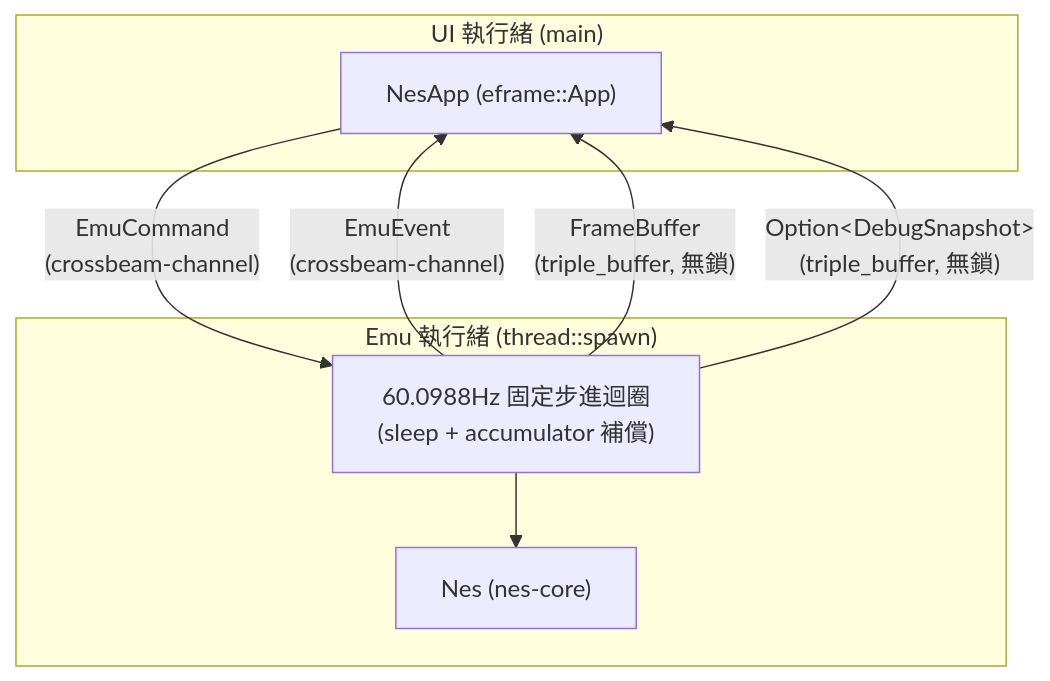
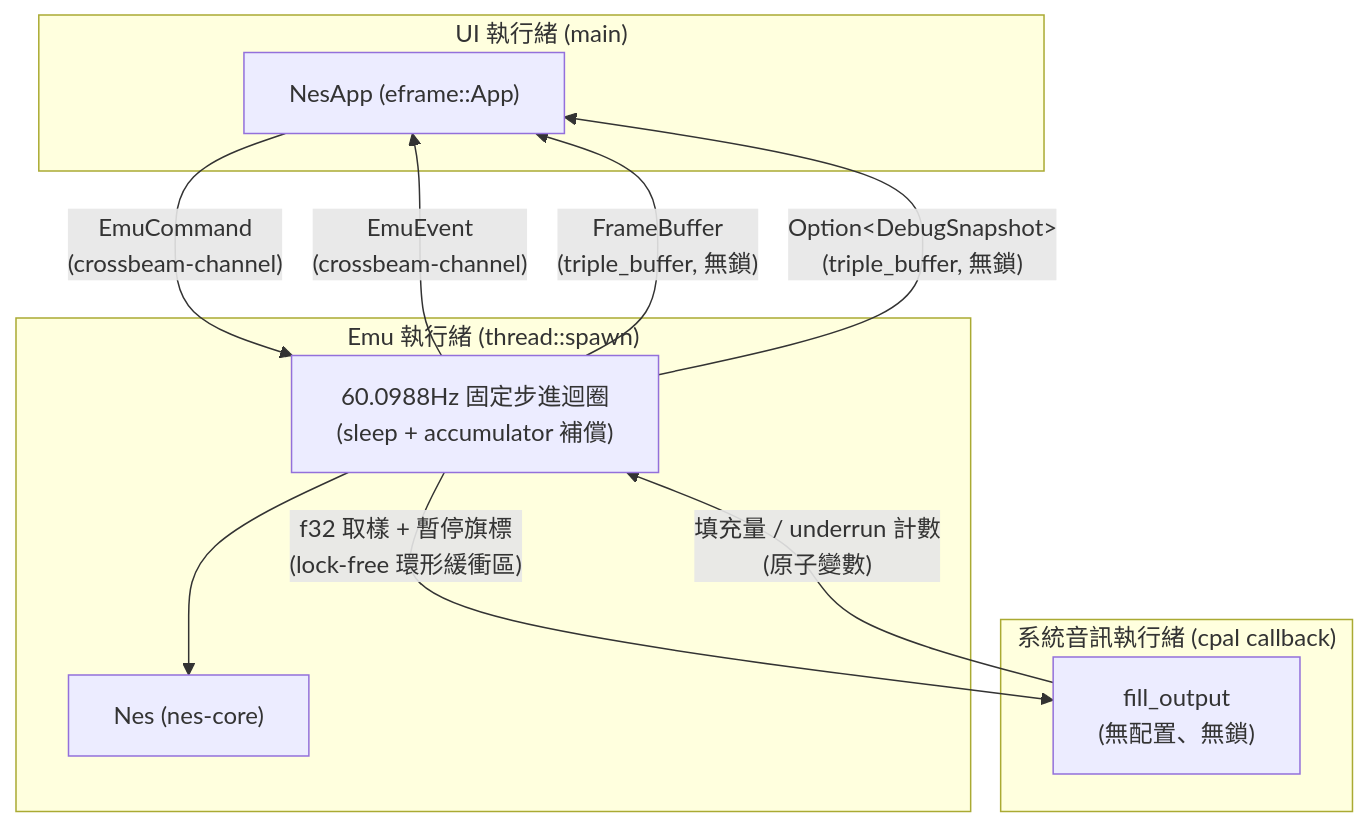
One commit to cnfzon/nes_emulato changed the second of 4 diagrams in docs/architecture.md. Above: the diagram before and after it, drawn with Mermaid. The commit also changed other lines of this file and 28 other files, not shown here.

Commit message:
Phase 3.5: APU, IRQ, audio output via cpal+rtrb (CORE_BEHAVIOR_VERSION 3) - core frozen

````diff
--- a/docs/architecture.md
+++ b/docs/architecture.md
@@ -36,16 +36,21 @@
 ```mermaid
 graph TB
     subgraph UI["UI 執行緒 (main)"]
         App["NesApp (eframe::App)"]
     end
     subgraph Emu["Emu 執行緒 (thread::spawn)"]
         Nes["Nes (nes-core)"]
         Loop["60.0988Hz 固定步進迴圈<br/>(sleep + accumulator 補償)"]
     end
+    subgraph Audio["系統音訊執行緒 (cpal callback)"]
+        Cb["fill_output<br/>(無配置、無鎖)"]
+    end
 
     App -- "EmuCommand\n(crossbeam-channel)" --> Loop
     Loop -- "EmuEvent\n(crossbeam-channel)" --> App
     Loop -- "FrameBuffer\n(triple_buffer, 無鎖)" --> App
     Loop -- "Option&lt;DebugSnapshot&gt;\n(triple_buffer, 無鎖)" --> App
     Loop --> Nes
+    Loop -- "f32 取樣 + 暫停旗標<br/>(lock-free 環形緩衝區)" --> Cb
+    Cb -- "填充量 / underrun 計數<br/>(原子變數)" --> Loop
 ```
````
